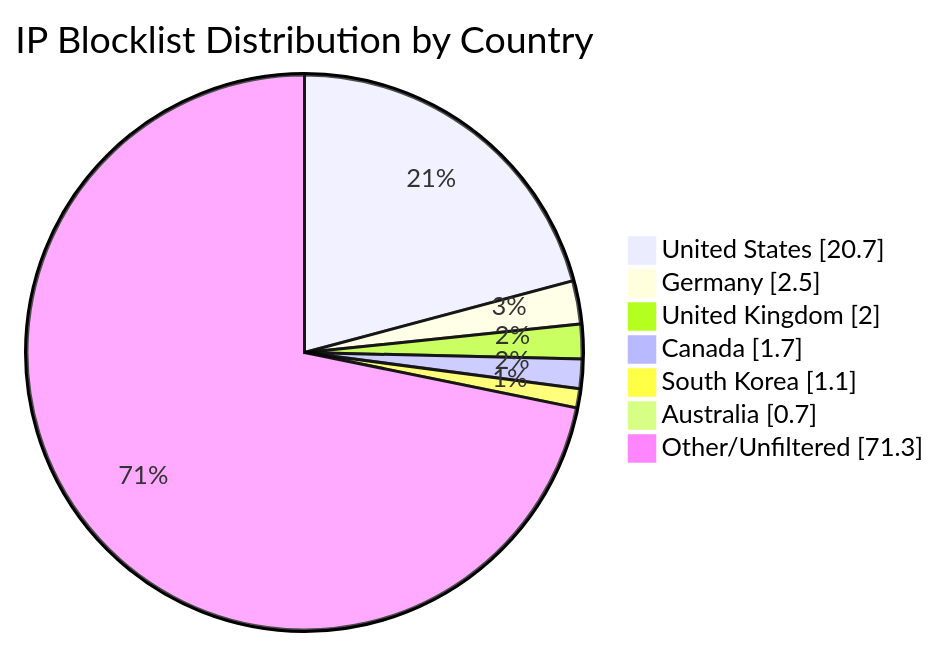
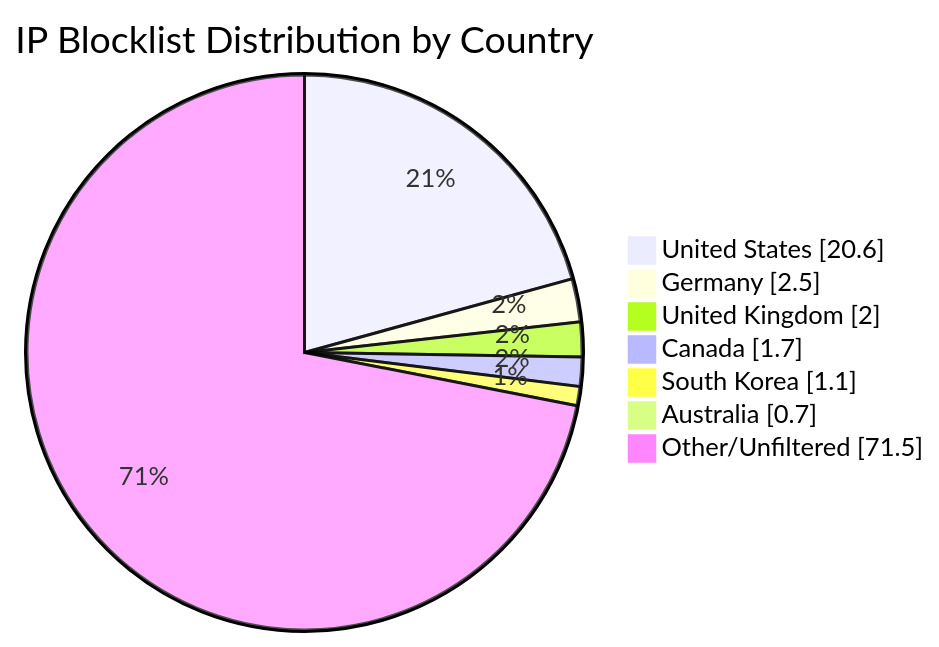
Before and after one commit to MarcusHoltz/ipblocklist-geofiltered-aggregator: the diagram in README.md, drawn with Mermaid. The commit also changed other lines of this file and 9 other files, not shown here.

````diff
--- a/README.md
+++ b/README.md
@@ -34,10 +34,10 @@
 ```mermaid
 pie showData title IP Blocklist Distribution by Country
-"United States" : 20.7
+"United States" : 20.6
 "Germany" : 2.5
 "United Kingdom" : 2.0
 "Canada" : 1.7
 "South Korea" : 1.1
 "Australia" : 0.7
-"Other/Unfiltered" : 71.3
+"Other/Unfiltered" : 71.5
 ```
````
